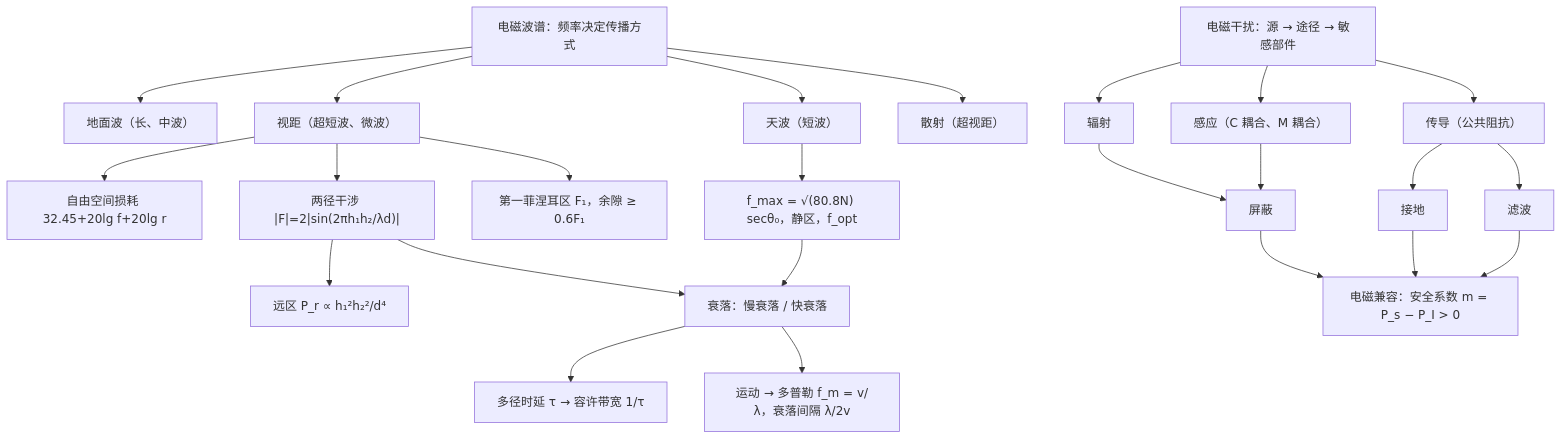
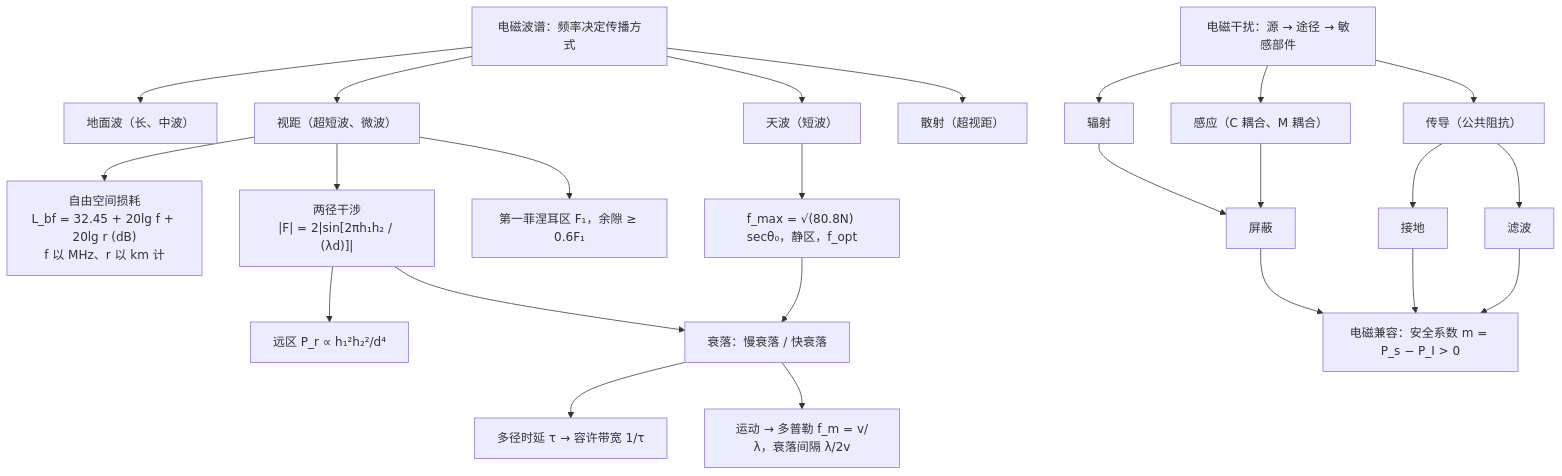
Before and after one commit to cockroach-f/em-fields-waves: the second of 2 diagrams in docs/ch10.md, drawn with Mermaid. The commit also changed other lines of this file and 4 other files, not shown here.

Commit message:
勘误：双线外自感改为 (μ/π)ln(D/a) 并补严格式；介质衰减用 λ₀；群速表述；练习 9 叉乘顺序；练习 10-1 中间量精度；场-路类比的 z 约定；Mermaid 边标签加引号、第 10 章归纳图单位与分母

````diff
--- a/docs/ch10.md
+++ b/docs/ch10.md
@@ -852,26 +852,26 @@
 ```mermaid
 flowchart TB
     W["电磁波谱：频率决定传播方式"] --> G["地面波（长、中波）"]
     W --> SK["天波（短波）"]
     W --> L["视距（超短波、微波）"]
     W --> SC["散射（超视距）"]
-    L --> FS["自由空间损耗 32.45+20lg f+20lg r"]
-    L --> TR["两径干涉 |F|=2|sin(2πh₁h₂/λd)|"]
+    L --> FS["自由空间损耗<br/>L_bf = 32.45 + 20lg f + 20lg r (dB)<br/>f 以 MHz、r 以 km 计"]
+    L --> TR["两径干涉<br/>#124;F#124; = 2#124;sin[2πh₁h₂ / (λd)]#124;"]
     L --> FZ["第一菲涅耳区 F₁，余隙 ≥ 0.6F₁"]
     TR --> D4["远区 P_r ∝ h₁²h₂²/d⁴"]
     SK --> MUF["f_max = √(80.8N) secθ₀，静区，f_opt"]
     TR --> FD["衰落：慢衰落 / 快衰落"]
     MUF --> FD
     FD --> BW["多径时延 τ → 容许带宽 1/τ"]
     FD --> DP["运动 → 多普勒 f_m = v/λ，衰落间隔 λ/2v"]
     EMI["电磁干扰：源 → 途径 → 敏感部件"] --> P1["辐射"]
     EMI --> P2["感应（C 耦合、M 耦合）"]
     EMI --> P3["传导（公共阻抗）"]
     P1 --> SH["屏蔽"]
     P2 --> SH
     P3 --> GND["接地"]
     P3 --> FL["滤波"]
     SH --> EMC["电磁兼容：安全系数 m = P_s − P_I > 0"]
     GND --> EMC
     FL --> EMC
 ```
````
